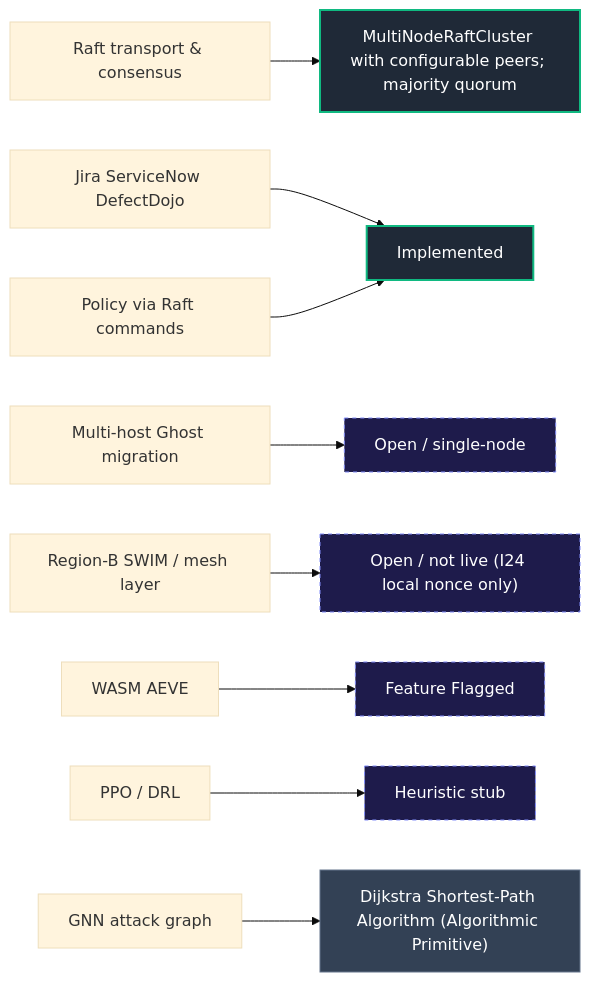
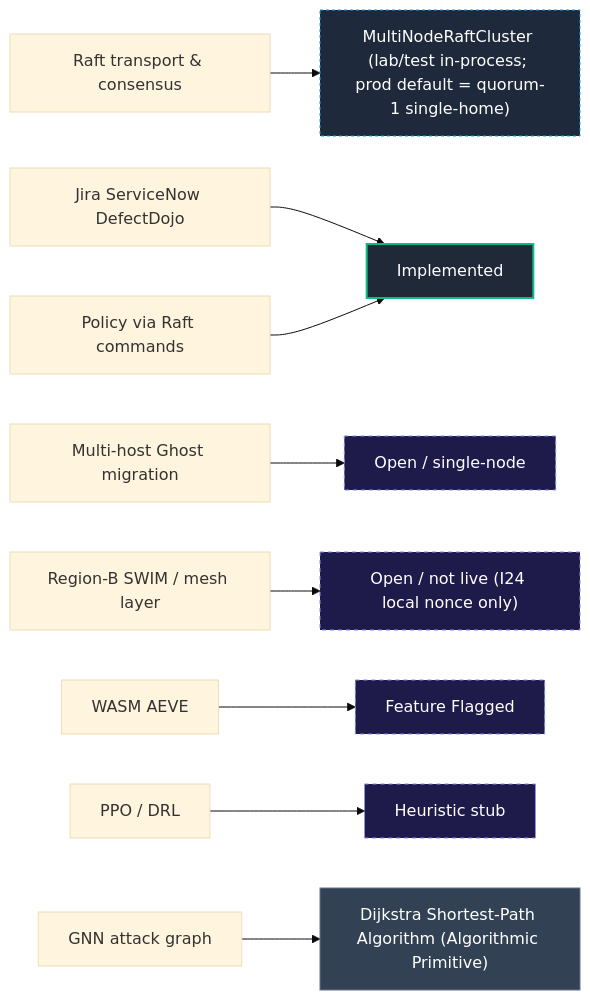
Diagram 14 of 16 in docs/flowchart.md (AviralGup7/Singularity-Zero), drawn with Mermaid (base theme) before and after one commit. The commit also changed other lines of this file and 9 other files, not shown here.

````diff
--- a/docs/flowchart.md
+++ b/docs/flowchart.md
@@ -1254,18 +1256,18 @@
 ```mermaid
 flowchart LR
     classDef impl fill:#1f2937,stroke:#10b981,stroke-width:2px,color:#fff;
     classDef singleNode fill:#1e293b,stroke:#0ea5e9,stroke-width:1px,stroke-dasharray:3 3,color:#fff;
     classDef library fill:#334155,stroke:#64748b,stroke-width:1px,color:#fff;
     classDef specOnly fill:#1e1b4b,stroke:#818cf8,stroke-width:1px,stroke-dasharray:4 4,color:#fff;
     classDef vacuous fill:#27272a,stroke:#71717a,stroke-width:1px,color:#a1a1aa;
     classDef forbidden fill:#450a0a,stroke:#ef4444,stroke-width:2px,color:#fca5a5;
 
-    Raft["Raft transport & consensus"] --> ImplCluster["MultiNodeRaftCluster with configurable peers; majority quorum"]:::impl
+    Raft["Raft transport & consensus"] --> ImplCluster["MultiNodeRaftCluster (lab/test in-process; prod default = quorum-1 single-home)"]:::singleNode
     Tickets["Jira ServiceNow DefectDojo"] --> Impl["Implemented"]:::impl
     Policy["Policy via Raft commands"] --> Impl
     Ghost["Multi-host Ghost migration"] --> Open["Open / single-node"]:::specOnly
     MeshB["Region-B SWIM / mesh layer"] --> OpenMesh["Open / not live (I24 local nonce only)"]:::specOnly
     WASM["WASM AEVE"] --> Flag["Feature Flagged"]:::specOnly
     PPO["PPO / DRL"] --> Heur["Heuristic stub"]:::specOnly
     GNN["GNN attack graph"] --> Dijk["Dijkstra Shortest-Path Algorithm (Algorithmic Primitive)"]:::library
 ```
````
